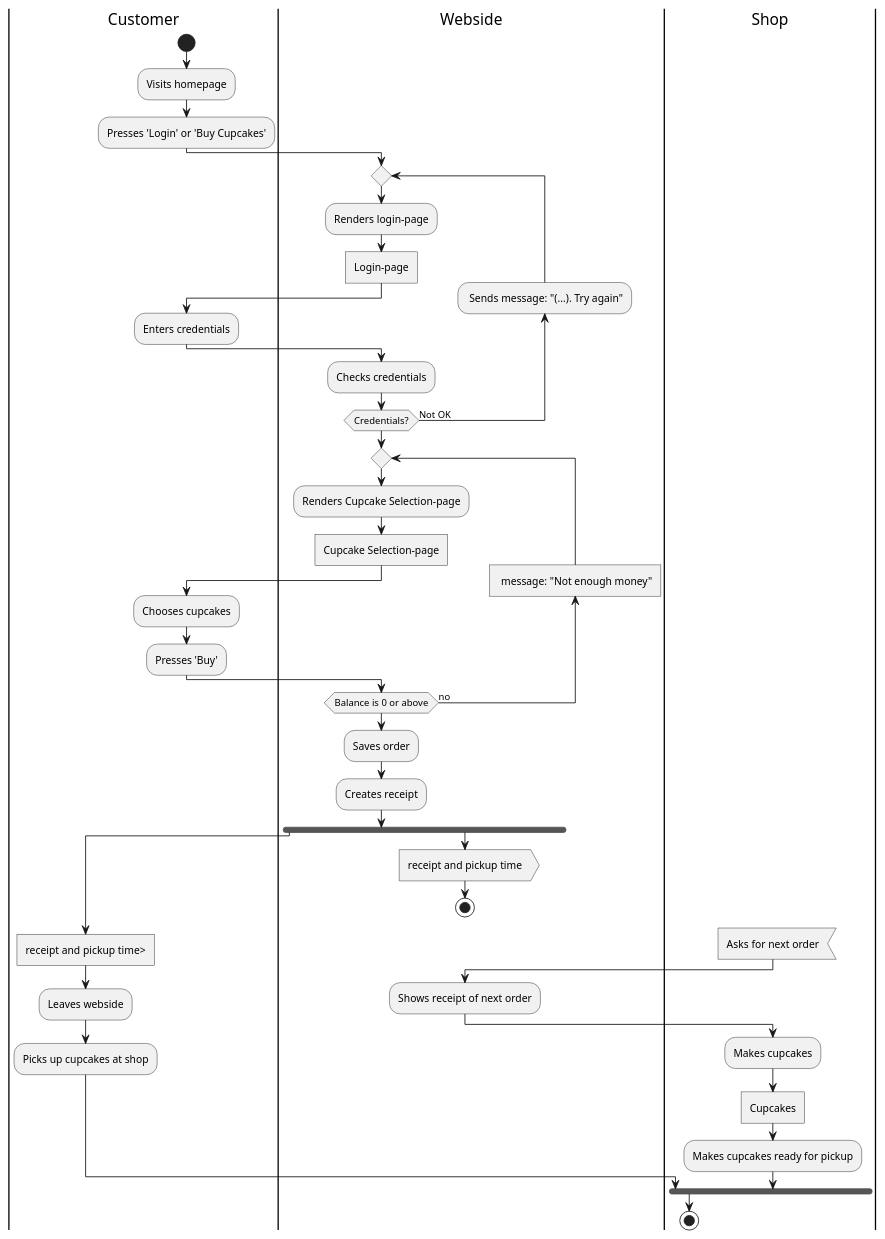
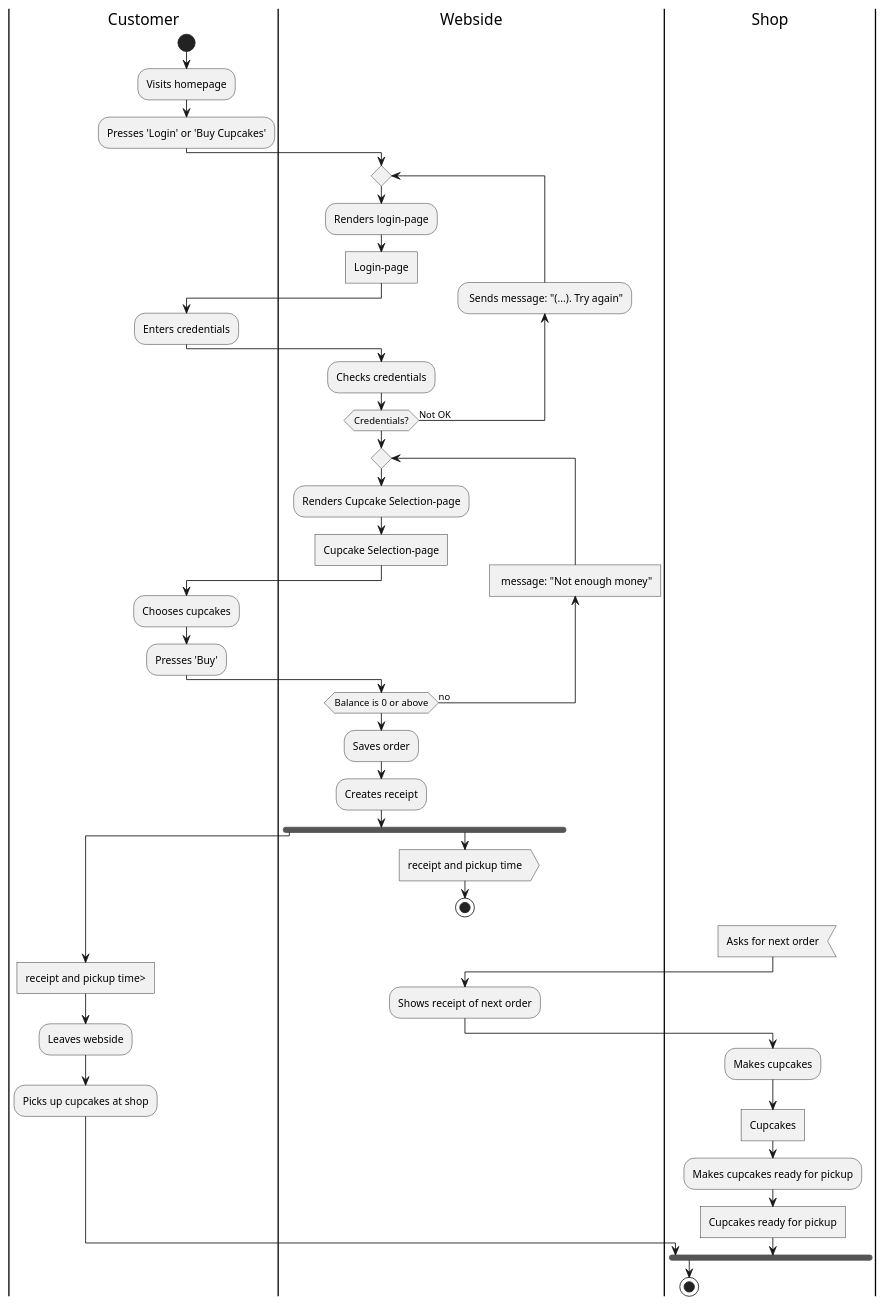
Before and after one commit to TRossen89/cupcake_dat2: the diagram in src/doc/uml/activityDiagram.puml, drawn with PlantUML.

Commit message:
First draft of UML Activity Diagram

```diff
--- a/src/doc/uml/activityDiagram.puml
+++ b/src/doc/uml/activityDiagram.puml
@@ -1,58 +1,59 @@
 @startuml
 'https://plantuml.com/activity-diagram-beta
 
 
 |Customer|
 
 start
 :Visits homepage;
 :Presses 'Login' or 'Buy Cupcakes';
 |Webside|
 repeat
 :Renders login-page;
 :Login-page]
 |Customer|
 :Enters credentials;
 |Webside|
 
 backward: Sends message: "(...). Try again";
 
 :Checks credentials;
 repeat while (Credentials?) is (Not OK)
 
 |Webside|
 repeat
 :Renders Cupcake Selection-page;
 :Cupcake Selection-page]
 |Customer|
 :Chooses cupcakes;
 :Presses 'Buy';
 |Webside|
 
 backward: message: "Not enough money"]
 
 repeat while (Balance is 0 or above) is (no)
 :Saves order;
 :Creates receipt;
 fork
 |Customer|
 :receipt and pickup time>]
 :Leaves webside;
 :Picks up cupcakes at shop;
 fork again
 |Webside|
 :receipt and pickup time>
 stop
 |Shop|
 :Asks for next order<
 |Webside|
 :Shows receipt of next order;
 
 |Shop|
 :Makes cupcakes;
 :Cupcakes]
 :Makes cupcakes ready for pickup;
+:Cupcakes ready for pickup]
 end fork
 stop
 
 @enduml
```
